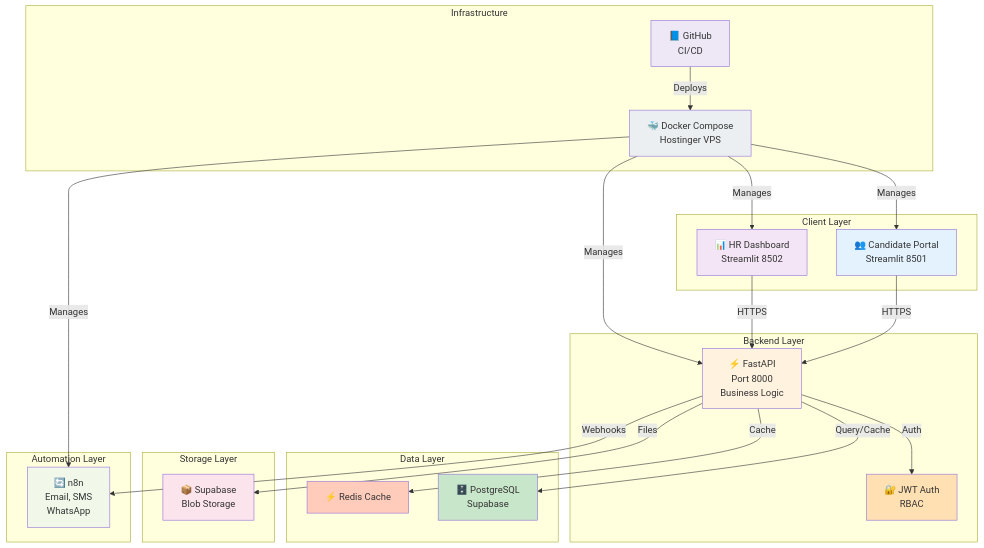
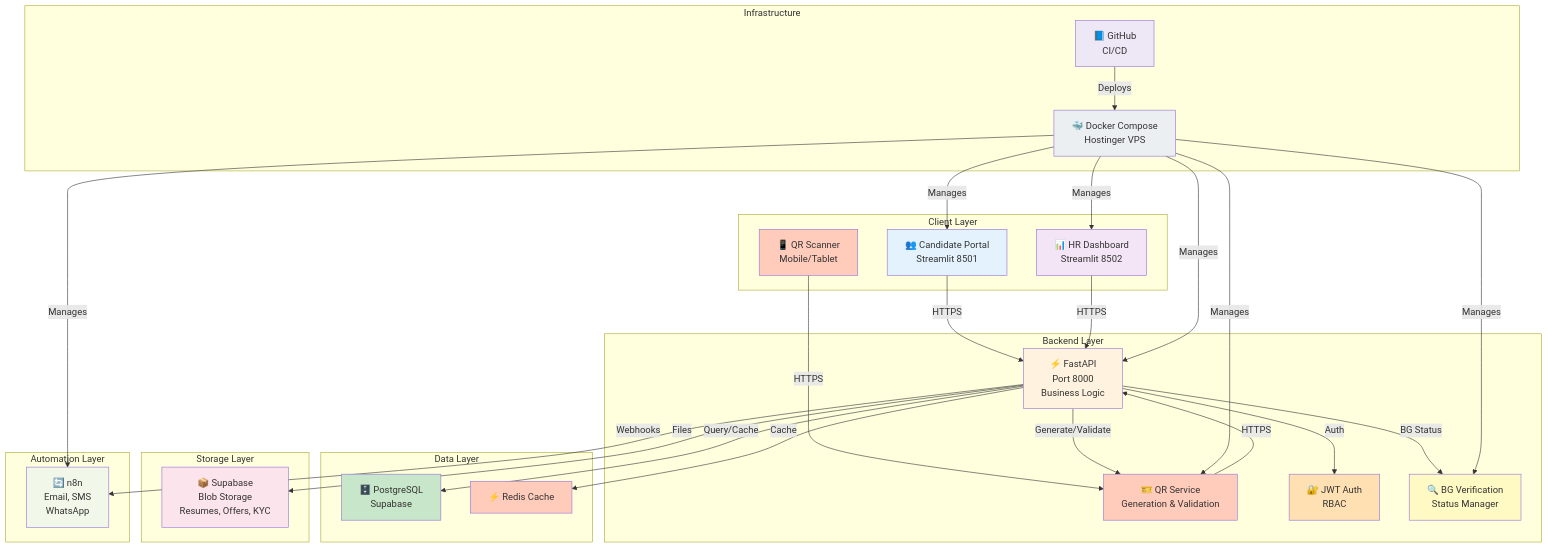
Diagram 15 of 15 in HR_Onboarding_Agent.md (md-sahil-analyst22/test), drawn with Mermaid before and after one commit. The commit also changed other lines of this file, not shown here.

````diff
--- a/HR_Onboarding_Agent.md
+++ b/HR_Onboarding_Agent.md
@@ -956,55 +1249,67 @@
 ```mermaid
 graph TB
     subgraph "Client Layer"
         CP["👥 Candidate Portal<br/>Streamlit 8501"]
         HP["📊 HR Dashboard<br/>Streamlit 8502"]
+        QR_SCAN["📱 QR Scanner<br/>Mobile/Tablet"]
     end
     
     subgraph "Backend Layer"
         API["⚡ FastAPI<br/>Port 8000<br/>Business Logic"]
+        QR_SVC["🎫 QR Service<br/>Generation & Validation"]
         AUTH["🔐 JWT Auth<br/>RBAC"]
+        BV_SVC["🔍 BG Verification<br/>Status Manager"]
     end
     
     subgraph "Data Layer"
         DB["🗄️ PostgreSQL<br/>Supabase"]
         CACHE["⚡ Redis Cache"]
     end
     
     subgraph "Storage Layer"
-        BLOB["📦 Supabase<br/>Blob Storage"]
+        BLOB["📦 Supabase<br/>Blob Storage<br/>Resumes, Offers, KYC"]
     end
     
     subgraph "Automation Layer"
         N8N["🔄 n8n<br/>Email, SMS<br/>WhatsApp"]
     end
     
     subgraph "Infrastructure"
         DOCKER["🐳 Docker Compose<br/>Hostinger VPS"]
         GIT["📘 GitHub<br/>CI/CD"]
     end
     
     CP -->|HTTPS| API
     HP -->|HTTPS| API
+    QR_SCAN -->|HTTPS| QR_SVC
+    QR_SVC -->|HTTPS| API
     API -->|Auth| AUTH
+    API -->|Generate/Validate| QR_SVC
+    API -->|BG Status| BV_SVC
     API -->|Query/Cache| DB
     API -->|Cache| CACHE
     API -->|Files| BLOB
     API -->|Webhooks| N8N
     
     DOCKER -->|Manages| CP
     DOCKER -->|Manages| HP
     DOCKER -->|Manages| API
+    DOCKER -->|Manages| QR_SVC
+    DOCKER -->|Manages| BV_SVC
     DOCKER -->|Manages| N8N
     GIT -->|Deploys| DOCKER
     
     style CP fill:#e3f2fd
     style HP fill:#f3e5f5
+    style QR_SCAN fill:#ffccbc
     style API fill:#fff3e0
+    style QR_SVC fill:#ffccbc
     style AUTH fill:#ffe0b2
+    style BV_SVC fill:#fff9c4
     style DB fill:#c8e6c9
     style CACHE fill:#ffccbc
     style BLOB fill:#fce4ec
     style N8N fill:#f1f8e9
     style DOCKER fill:#eceff1
     style GIT fill:#ede7f6
 ```
````
